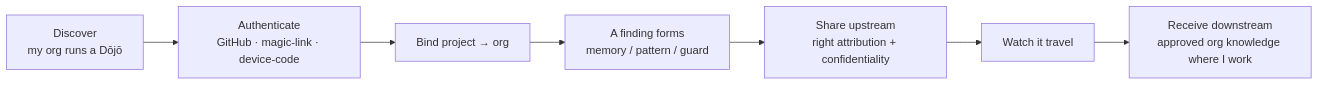
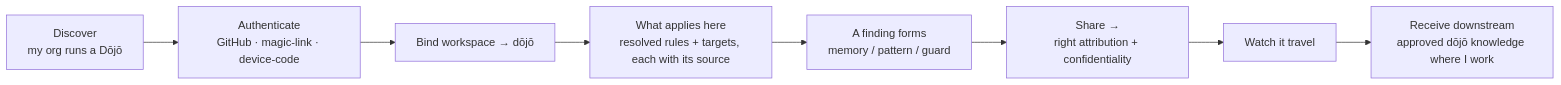
The first of 10 diagrams in docs/journeys/dojo.md (sensei-hq/sensei), drawn with Mermaid before and after one commit. The commit also changed other lines of this file and 49 other files, not shown here.

````diff
--- a/docs/journeys/dojo.md
+++ b/docs/journeys/dojo.md
@@ -31,7 +59,8 @@
 ```mermaid
 flowchart LR
     d1[Discover<br/>my org runs a Dōjō] --> d2[Authenticate<br/>GitHub · magic-link · device-code]
-    d2 --> d3[Bind project → org] --> d4[A finding forms<br/>memory / pattern / guard]
-    d4 --> d5[Share upstream<br/>right attribution + confidentiality]
-    d5 --> d6[Watch it travel] --> d7[Receive downstream<br/>approved org knowledge where I work]
+    d2 --> d3[Bind workspace → dōjō] --> d3a[What applies here<br/>resolved rules + targets, each with its source]
+    d3a --> d4[A finding forms<br/>memory / pattern / guard]
+    d4 --> d5[Share →<br/>right attribution + confidentiality]
+    d5 --> d6[Watch it travel] --> d7[Receive downstream<br/>approved dōjō knowledge where I work]
 ```
````
